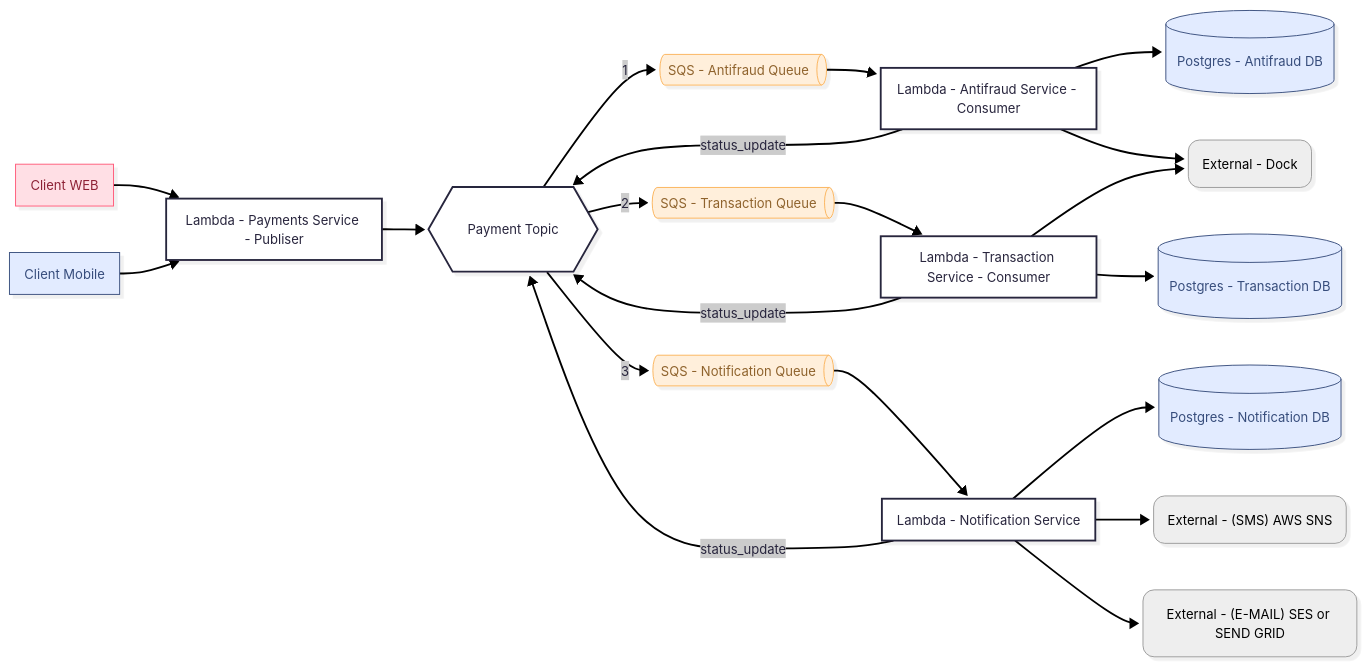
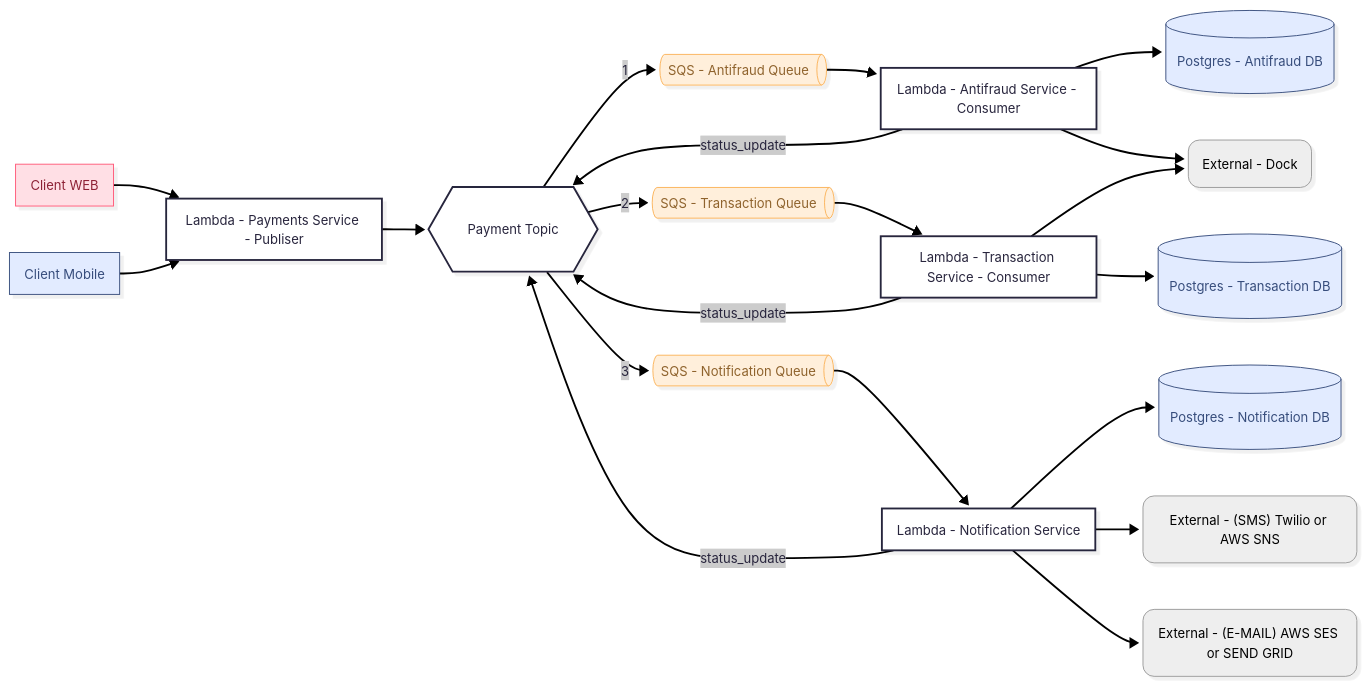
Before and after one commit to dasilvaoscar/concurrency-simulator: the third of 3 diagrams in README.md, drawn with Mermaid.

````diff
--- a/README.md
+++ b/README.md
@@ -72,56 +72,56 @@
 ```mermaid
 ---
 config:
   theme: redux
   layout: dagre
   look: neo
 ---
 flowchart LR
     n1["Lambda - Payments Service - Publiser"] --> n3["Payment Topic"]
     n3 -- 1 --> n4["SQS - Antifraud Queue"]
     n3 -- 2 --> n6["SQS - Transaction Queue"]
     n3 -- 3 --> n15["SQS - Notification Queue"]
     n4 --> n5["Lambda - Antifraud Service - Consumer"]
     n6 --> n7["Lambda - Transaction Service - Consumer"]
     n14["Client WEB"] --> n1
     n15 --> n16["Lambda - Notification Service"]
     n5 --> n18["Postgres - Antifraud DB"] & n22["External - Dock"]
     n5 -- status_update --> n3
     n7 --> n19["Postgres - Transaction DB"] & n22
     n7 -- status_update --> n3
-    n16 --> n20["Postgres - Notification DB"] & n23["External - (SMS) AWS SNS"] & n24["External - (E-MAIL) SES or SEND GRID"]
+    n16 --> n20["Postgres - Notification DB"] & n23["External - (SMS) Twilio or AWS SNS"] & n24["External - (E-MAIL) AWS SES or SEND GRID"]
     n16 -- status_update --> n3
     n21["Client Mobile"] --> n1
 
     n1@{ shape: rect}
     n3@{ shape: hex}
     n4@{ shape: h-cyl}
     n6@{ shape: h-cyl}
     n15@{ shape: h-cyl}
     n5@{ shape: rect}
     n7@{ shape: rect}
     n14@{ shape: rect}
     n16@{ shape: rect}
     n18@{ shape: cyl}
     n22@{ shape: rounded}
     n19@{ shape: cyl}
     n20@{ shape: cyl}
     n23@{ shape: rounded}
     n24@{ shape: rounded}
     n21@{ shape: rect}
      n4:::Peach
      n6:::Peach
      n15:::Peach
      n14:::Rose
      n18:::Sky
      n22:::Ash
      n19:::Sky
      n20:::Sky
      n23:::Ash
      n24:::Ash
      n21:::Sky
     classDef Rose stroke-width:1px, stroke-dasharray:none, stroke:#FF5978, fill:#FFDFE5, color:#8E2236
     classDef Peach stroke-width:1px, stroke-dasharray:none, stroke:#FBB35A, fill:#FFEFDB, color:#8F632D
     classDef Sky stroke-width:1px, stroke-dasharray:none, stroke:#374D7C, fill:#E2EBFF, color:#374D7C
     classDef Ash stroke-width:1px, stroke-dasharray:none, stroke:#999999, fill:#EEEEEE, color:#000000
 ```
````
